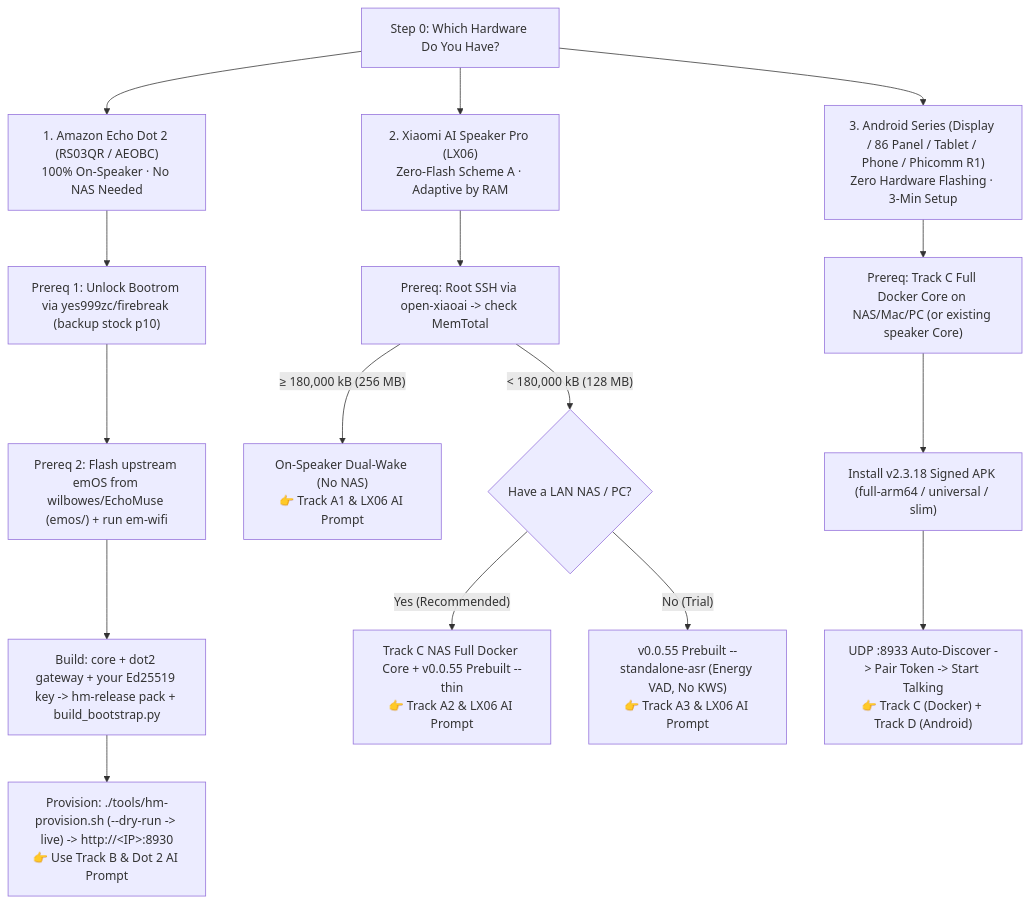
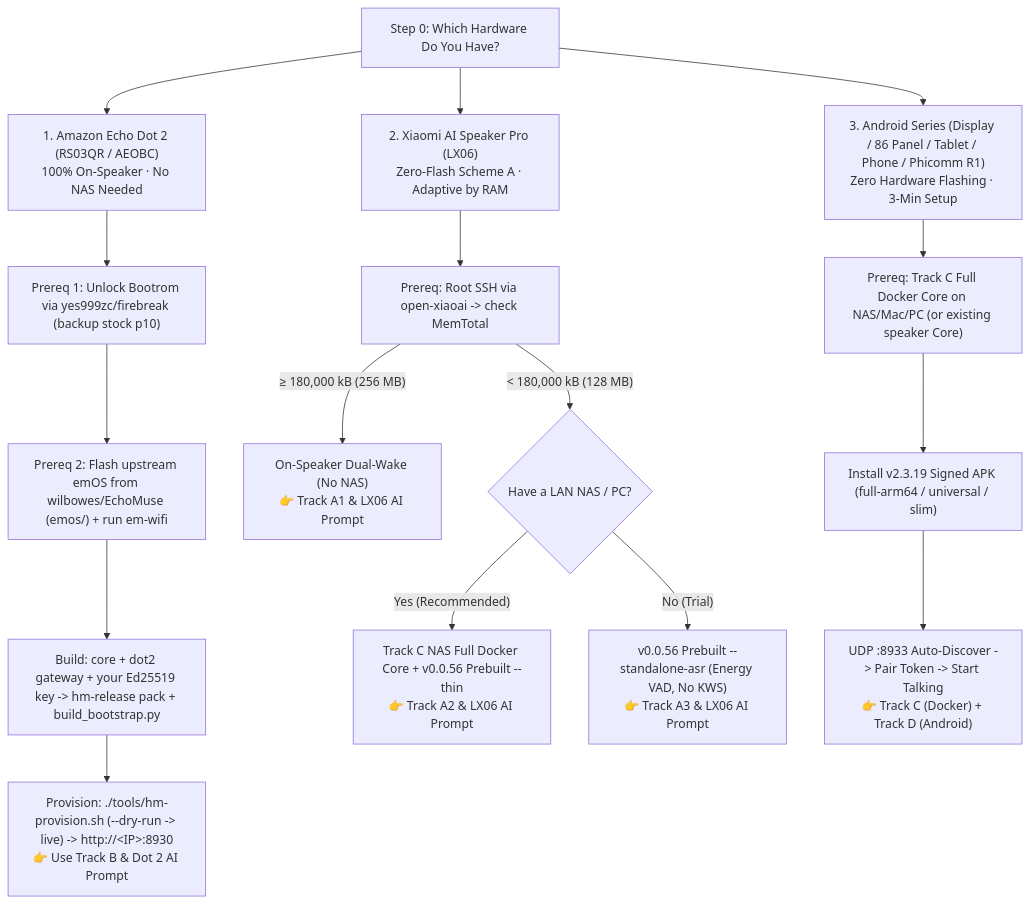
The diagram in README.md (0uzu0/home-mate), drawn with Mermaid before and after one commit. The commit also changed other lines of this file and 3 other files, not shown here.

````diff
--- a/README.md
+++ b/README.md
@@ -63,23 +63,23 @@
 ```mermaid
 flowchart TD
     Root["Step 0: Which Hardware Do You Have?"]
 
     Root --> Dot2["1. Amazon Echo Dot 2 (RS03QR / AEOBC)<br/>100% On-Speaker · No NAS Needed"]
     Root --> LX06["2. Xiaomi AI Speaker Pro (LX06)<br/>Zero-Flash Scheme A · Adaptive by RAM"]
     Root --> Android["3. Android Series (Display / 86 Panel / Tablet / Phone / Phicomm R1)<br/>Zero Hardware Flashing · 3-Min Setup"]
 
     Dot2 --> D0["Prereq 1: Unlock Bootrom via yes999zc/firebreak (backup stock p10)"]
     D0 --> D1["Prereq 2: Flash upstream emOS from wilbowes/EchoMuse (emos/) + run em-wifi"]
     D1 --> D2["Build: core + dot2 gateway + your Ed25519 key -> hm-release pack + build_bootstrap.py"]
     D2 --> D3["Provision: ./tools/hm-provision.sh (--dry-run -> live) -> http://&lt;IP&gt;:8930<br/>👉 Use Track B &amp; Dot 2 AI Prompt"]
 
     LX06 --> L0["Prereq: Root SSH via open-xiaoai -> check MemTotal"]
     L0 -->|"≥ 180,000 kB (256 MB)"| L256["On-Speaker Dual-Wake (No NAS)<br/>👉 Track A1 &amp; LX06 AI Prompt"]
     L0 -->|"< 180,000 kB (128 MB)"| L128{"Have a LAN NAS / PC?"}
-    L128 -->|"Yes (Recommended)"| LThin["Track C NAS Full Docker Core + v0.0.55 Prebuilt --thin<br/>👉 Track A2 &amp; LX06 AI Prompt"]
-    L128 -->|"No (Trial)"| LAsr["v0.0.55 Prebuilt --standalone-asr (Energy VAD, No KWS)<br/>👉 Track A3 &amp; LX06 AI Prompt"]
+    L128 -->|"Yes (Recommended)"| LThin["Track C NAS Full Docker Core + v0.0.56 Prebuilt --thin<br/>👉 Track A2 &amp; LX06 AI Prompt"]
+    L128 -->|"No (Trial)"| LAsr["v0.0.56 Prebuilt --standalone-asr (Energy VAD, No KWS)<br/>👉 Track A3 &amp; LX06 AI Prompt"]
 
     Android --> A1["Prereq: Track C Full Docker Core on NAS/Mac/PC (or existing speaker Core)"]
-    A1 --> A2["Install v2.3.18 Signed APK (full-arm64 / universal / slim)"]
+    A1 --> A2["Install v2.3.19 Signed APK (full-arm64 / universal / slim)"]
     A2 --> A3["UDP :8933 Auto-Discover -> Pair Token -> Start Talking<br/>👉 Track C (Docker) + Track D (Android)"]
 ```
````
